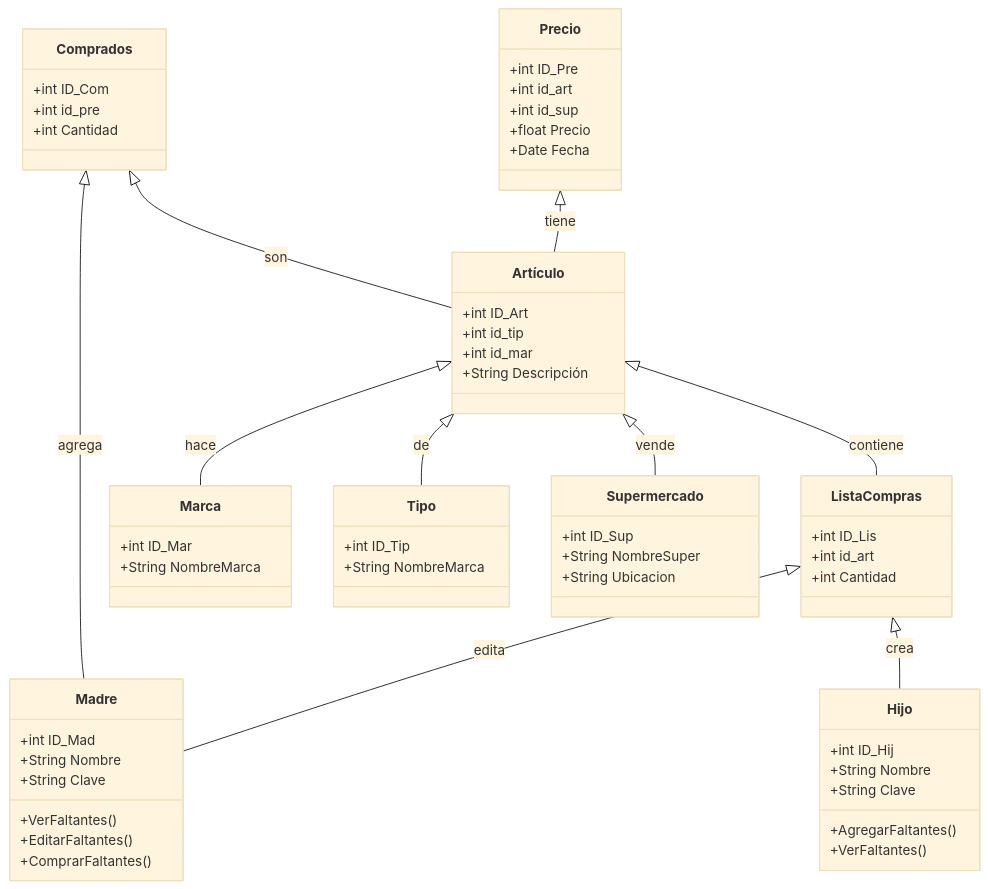
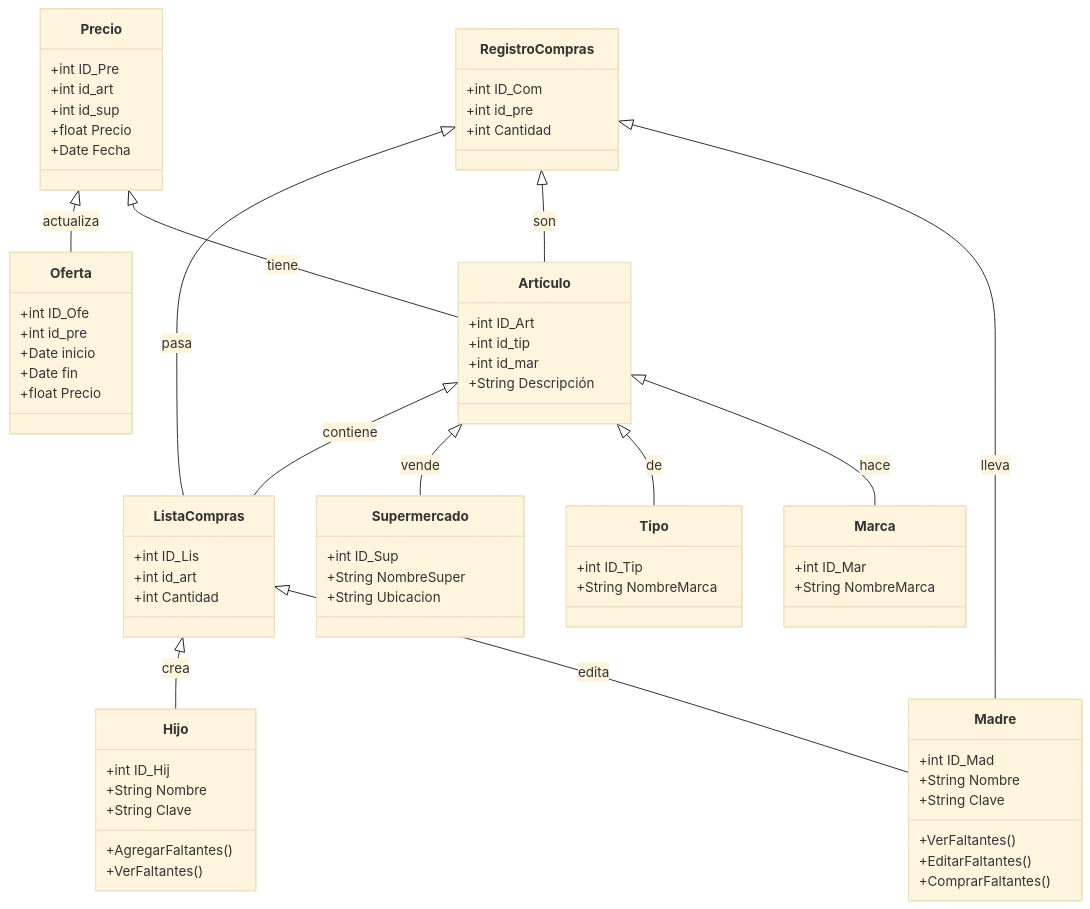
One commit to LocoUnPocoNadaMas/Lista-Compras changed the third of 3 diagrams in README.md. Above: the diagram before and after it, drawn with Mermaid (base theme). The commit also changed other lines of this file, not shown here.

````diff
--- a/README.md
+++ b/README.md
@@ -459,61 +538,70 @@
 ```mermaid
 classDiagram
 Artículo  <|-- Marca : hace
 Artículo  <|-- Tipo : de
 Artículo  <|-- Supermercado : vende
 Artículo  <|-- ListaCompras : contiene
 ListaCompras  <|--  Madre  :  edita
-Comprados  <|--  Madre  :  agrega
-Comprados  <|--  Artículo  :  son
+RegistroCompras  <|--  Madre  :  lleva
+RegistroCompras  <|--  Artículo  :  son
+RegistroCompras  <|--  ListaCompras  :  pasa
 Precio  <|--  Artículo  :  tiene
+Precio  <|--  Oferta :  actualiza
 ListaCompras  <|--  Hijo  :  crea
 Artículo  :  +int ID_Art
 Artículo  :  +int id_tip
 Artículo  :  +int id_mar
 Artículo  :  +String Descripción
 class  Marca{
 +int ID_Mar
 +String NombreMarca
 }
 class  Tipo{
 +int ID_Tip
 +String NombreMarca
 }
 class  Supermercado{
 +int ID_Sup
 +String NombreSuper
 +String Ubicacion
 }
 class  ListaCompras{
 +int ID_Lis
 +int id_art
 +int Cantidad
 }
-class  Comprados{
+class  RegistroCompras{
 +int ID_Com
 +int id_pre
 +int Cantidad
 }
 class  Precio{
 +int ID_Pre
 +int id_art
 +int id_sup
 +float Precio
 +Date Fecha
+}
+class  Oferta{
++int ID_Ofe
++int id_pre
++Date inicio
++Date fin
++float Precio
 }
 class  Hijo{
 +int ID_Hij
 +String Nombre
 +String Clave
 +AgregarFaltantes()
 +VerFaltantes()
 }
 class  Madre{
 +int ID_Mad
 +String Nombre
 +String Clave
 +VerFaltantes()
 +EditarFaltantes()
 +ComprarFaltantes()
 }
 ```
````
